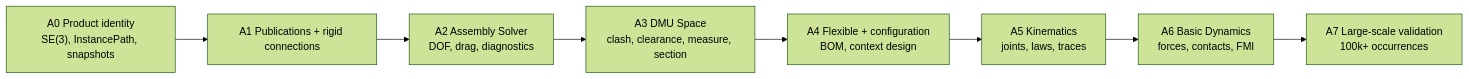
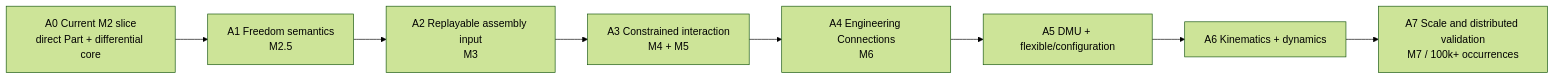
Before and after one commit to cossoledad/occccad: diagram 42 of 52 in docs/TARGET_ARCHITECTURE.md, drawn with Mermaid (forest theme). The commit also changed other lines of this file and 17 other files, not shown here.

````diff
--- a/docs/TARGET_ARCHITECTURE.md
+++ b/docs/TARGET_ARCHITECTURE.md
@@ -4651,10 +4653,10 @@
 ```mermaid
 flowchart LR
-    A0["A0 Product identity<br/>SE(3), InstancePath, snapshots"] --> A1["A1 Publications + rigid connections"]
-    A1 --> A2["A2 Assembly Solver<br/>DOF, drag, diagnostics"]
-    A2 --> A3["A3 DMU Space<br/>clash, clearance, measure, section"]
-    A3 --> A4["A4 Flexible + configuration<br/>BOM, context design"]
-    A4 --> A5["A5 Kinematics<br/>joints, laws, traces"]
-    A5 --> A6["A6 Basic Dynamics<br/>forces, contacts, FMI"]
-    A6 --> A7["A7 Large-scale validation<br/>100k+ occurrences"]
+    A0["A0 Current M2 slice<br/>direct Part + differential core"] --> A1["A1 Freedom semantics<br/>M2.5"]
+    A1 --> A2["A2 Replayable assembly input<br/>M3"]
+    A2 --> A3["A3 Constrained interaction<br/>M4 + M5"]
+    A3 --> A4["A4 Engineering Connections<br/>M6"]
+    A4 --> A5["A5 DMU + flexible/configuration"]
+    A5 --> A6["A6 Kinematics + dynamics"]
+    A6 --> A7["A7 Scale and distributed validation<br/>M7 / 100k+ occurrences"]
 ```
````
